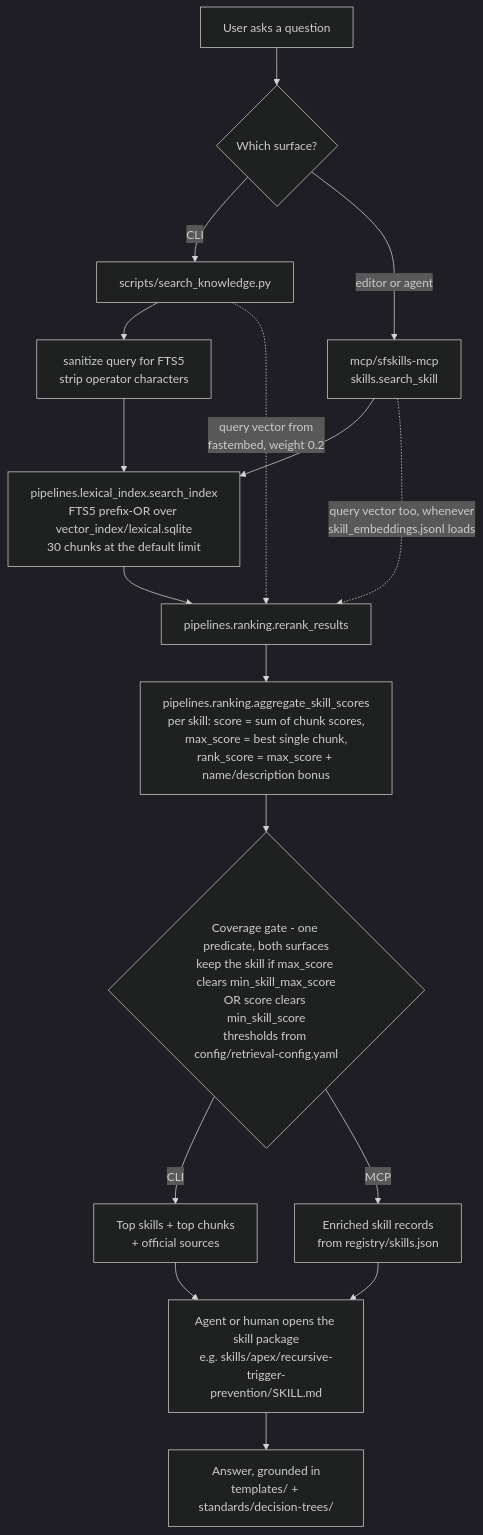
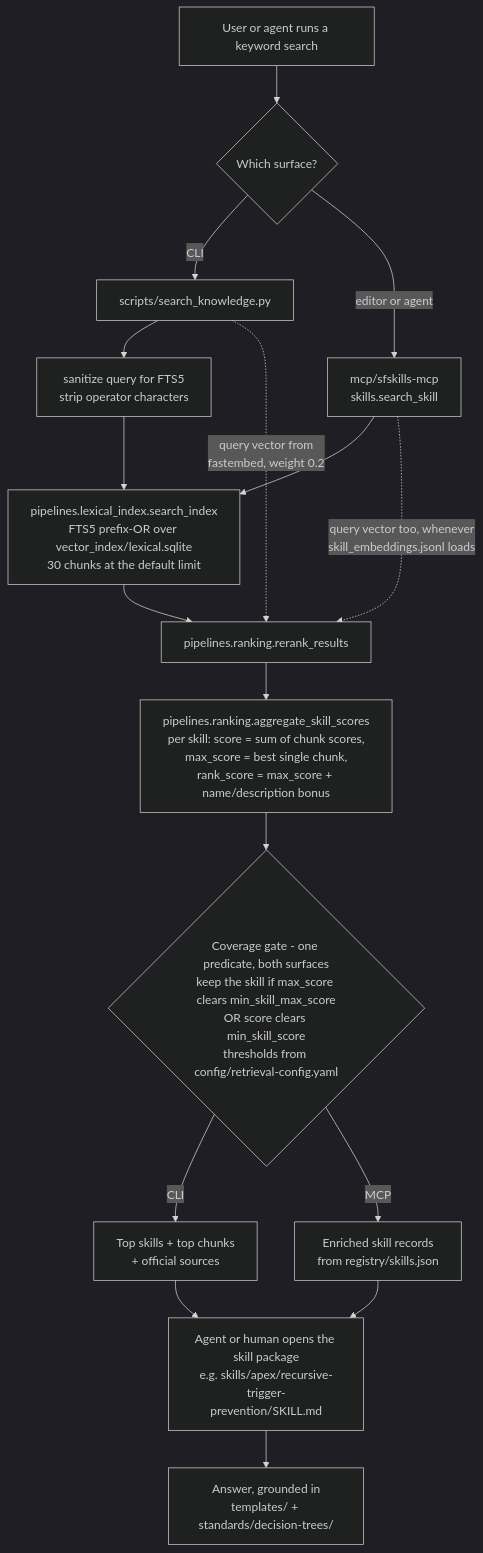
Before and after one commit to PranavNagrecha/AwesomeSalesforceSkills: the second of 3 diagrams in docs/architecture.md, drawn with Mermaid (dark theme). The commit also changed other lines of this file and 723 other files, not shown here.

````diff
--- a/docs/architecture.md
+++ b/docs/architecture.md
@@ -36,26 +261,26 @@
 ```mermaid
 flowchart TD
-    Q["User asks a question"] --> S{Which surface?}
+    Q["User or agent runs a keyword search"] --> S{Which surface?}
 
     S -->|CLI| CLI["scripts/search_knowledge.py"]
     S -->|editor or agent| MCP["mcp/sfskills-mcp<br/>skills.search_skill"]
 
     CLI --> SAN["sanitize query for FTS5<br/>strip operator characters"]
     MCP --> LEX
 
     SAN --> LEX["pipelines.lexical_index.search_index<br/>FTS5 prefix-OR over vector_index/lexical.sqlite<br/>30 chunks at the default limit"]
 
     LEX --> RR["pipelines.ranking.rerank_results"]
     CLI -.->|"query vector from<br/>fastembed, weight 0.2"| RR
     MCP -.->|"query vector too, whenever<br/>skill_embeddings.jsonl loads"| RR
 
     RR --> AGG["pipelines.ranking.aggregate_skill_scores<br/>per skill: score = sum of chunk scores,<br/>max_score = best single chunk,<br/>rank_score = max_score + name/description bonus"]
 
     AGG --> GATE{"Coverage gate - one predicate, both surfaces<br/>keep the skill if max_score clears min_skill_max_score<br/>OR score clears min_skill_score<br/>thresholds from config/retrieval-config.yaml"}
     GATE -->|CLI| OUT1["Top skills + top chunks<br/>+ official sources"]
     GATE -->|MCP| OUT2["Enriched skill records<br/>from registry/skills.json"]
 
     OUT1 --> READ["Agent or human opens the skill package<br/>e.g. skills/apex/recursive-trigger-prevention/SKILL.md"]
     OUT2 --> READ
     READ --> ANS["Answer, grounded in<br/>templates/ + standards/decision-trees/"]
 ```
````
